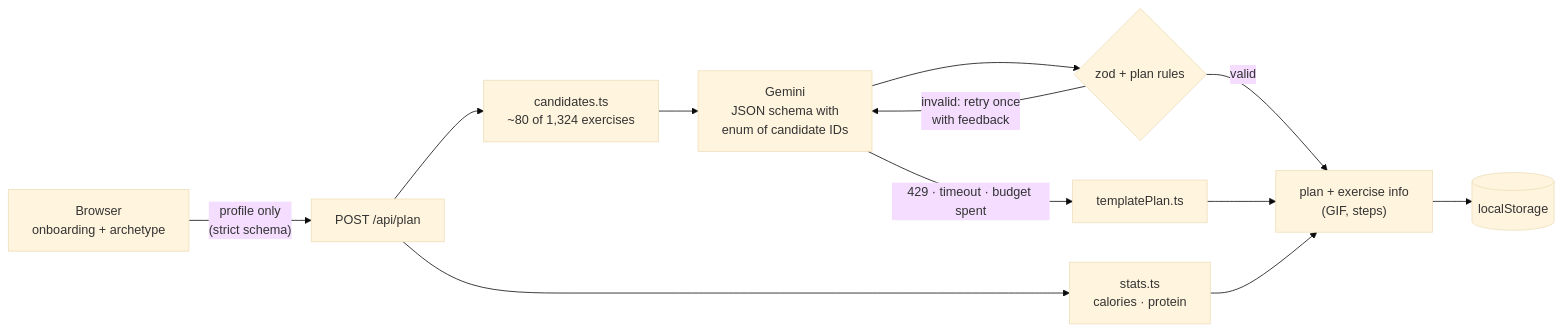
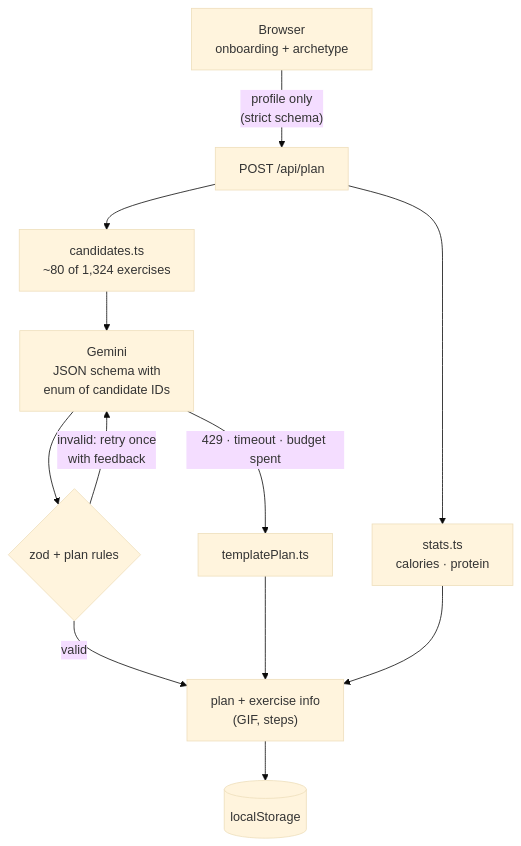
The diagram in README.md (owaistaha/training-arc), drawn with Mermaid (base theme) before and after one commit.

Commit message:
README: top-down architecture diagram for readability

````diff
--- a/README.md
+++ b/README.md
@@ -120,14 +120,14 @@
 ```mermaid
-flowchart LR
+flowchart TD
     A["Browser<br/>onboarding + archetype"] -->|"profile only<br/>(strict schema)"| B["POST /api/plan"]
     B --> C["stats.ts<br/>calories · protein"]
     B --> D["candidates.ts<br/>~80 of 1,324 exercises"]
     D --> E["Gemini<br/>JSON schema with<br/>enum of candidate IDs"]
     E --> F{"zod + plan rules"}
     F -->|"invalid: retry once<br/>with feedback"| E
     F -->|valid| G["plan + exercise info<br/>(GIF, steps)"]
     E -->|"429 · timeout · budget spent"| H["templatePlan.ts"]
     H --> G
     C --> G
     G --> I[("localStorage")]
 ```
````
